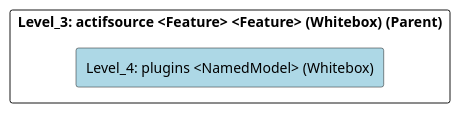
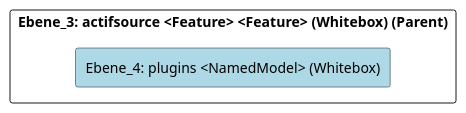
One commit to marcozwyssig/cleon changed the diagram in doc/cleonproject_deliverables_architecture_model_architecture/adoc/de/05_bausteinsicht/cleon/applications/actifsource/modelplugins/ebene_4_model.plugins.adoc. Above: the diagram before and after it, drawn with PlantUML. The commit also changed other lines of this file and 214 other files, not shown here.

```diff
--- a/doc/cleonproject_deliverables_architecture_model_architecture/adoc/de/05_bausteinsicht/cleon/applications/actifsource/modelplugins/ebene_4_model.plugins.adoc
+++ b/doc/cleonproject_deliverables_architecture_model_architecture/adoc/de/05_bausteinsicht/cleon/applications/actifsource/modelplugins/ebene_4_model.plugins.adoc
@@ -20,24 +20,24 @@
-[plantuml, Level_4: plugins <NamedModel> (Whitebox)BlockOverview, format="svg"]
+[plantuml, Ebene_4: plugins <NamedModel> (Whitebox)BlockOverview, format="svg"]
 ----
-@startuml Level_4: plugins <NamedModel> (Whitebox)BuildingBlockOverview
+@startuml Ebene_4: plugins <NamedModel> (Whitebox)BuildingBlockOverview
 
 skinparam ranksep 10
 skinparam componentStyle rectangle
 skinparam shadowing false
 skinparam arrowColor lightblue
 skinparam arrowThickness 1.2
 skinparam rectangle {
   BackgroundColor White
   BorderColor #333
   RoundCorner 10
 }
 top to bottom direction
 
-component "Level_3: actifsource <Feature> <Feature> (Whitebox) (Parent)" {
-    component "Level_4: plugins <NamedModel> (Whitebox)" #lightblue {
+component "Ebene_3: actifsource <Feature> <Feature> (Whitebox) (Parent)" {
+    component "Ebene_4: plugins <NamedModel> (Whitebox)" #lightblue {
     }
 
 }
 
 @enduml
 ----
```
